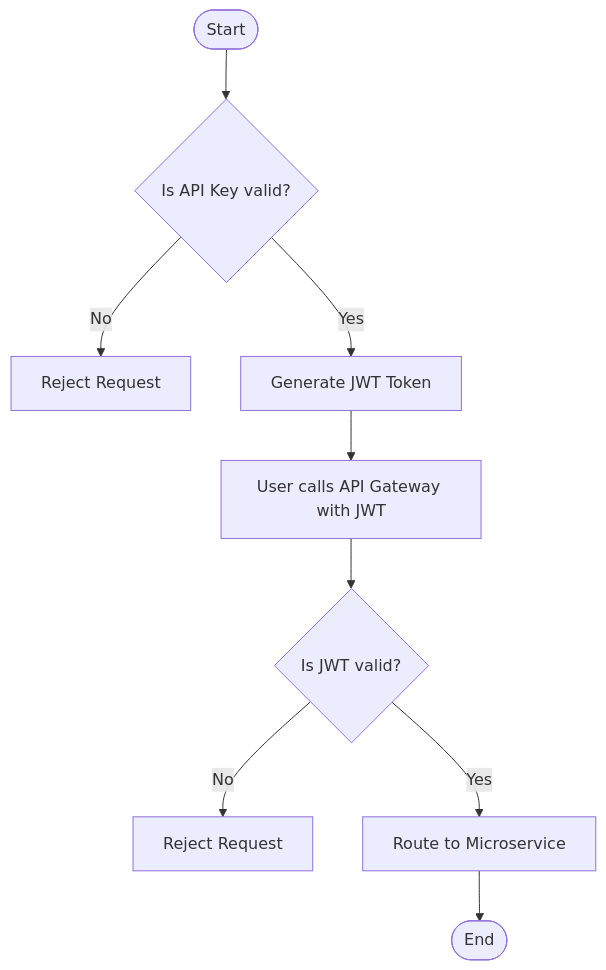
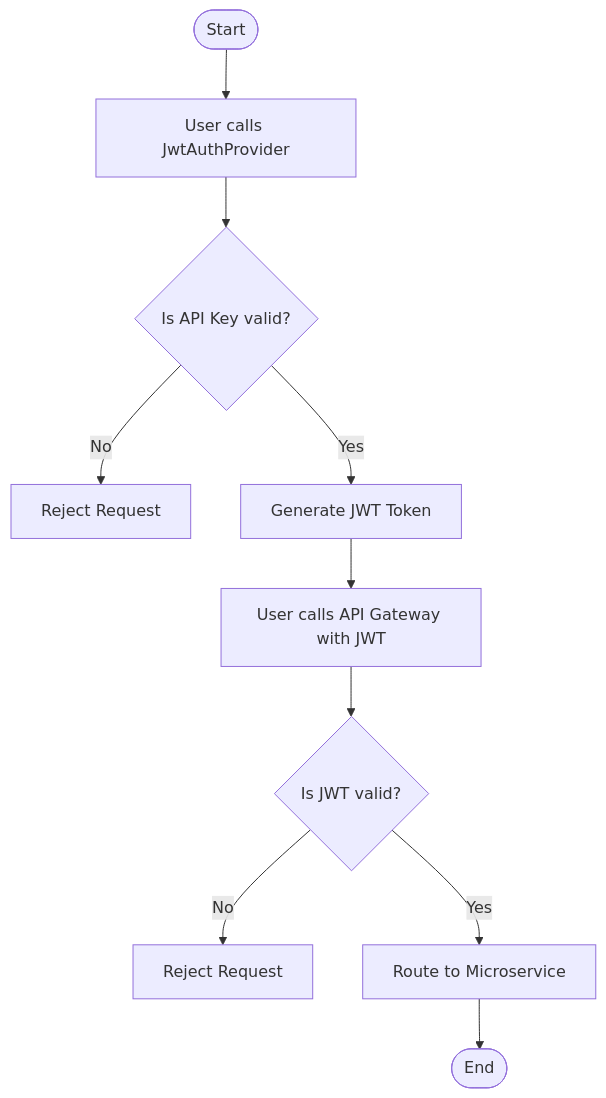
One commit to VentixeEventManagement/ApiGateway changed the diagram in README.md. Above: the diagram before and after it, drawn with Mermaid.

````diff
--- a/README.md
+++ b/README.md
@@ -12,11 +12,13 @@
 ```mermaid
 flowchart TD
-    Start([Start]) --> CheckAPIKey{Is API Key valid?}
+    Start([Start]) --> UserCall[User calls JwtAuthProvider]
+    UserCall --> CheckAPIKey{Is API Key valid?}
     CheckAPIKey -- No --> Reject1[Reject Request]
     CheckAPIKey -- Yes --> GenerateJWT[Generate JWT Token]
     GenerateJWT --> UseJWT[User calls API Gateway with JWT]
     UseJWT --> CheckJWT{Is JWT valid?}
     CheckJWT -- No --> Reject2[Reject Request]
     CheckJWT -- Yes --> RouteMicroservice[Route to Microservice]
     RouteMicroservice --> End([End])
+
 ```
````
